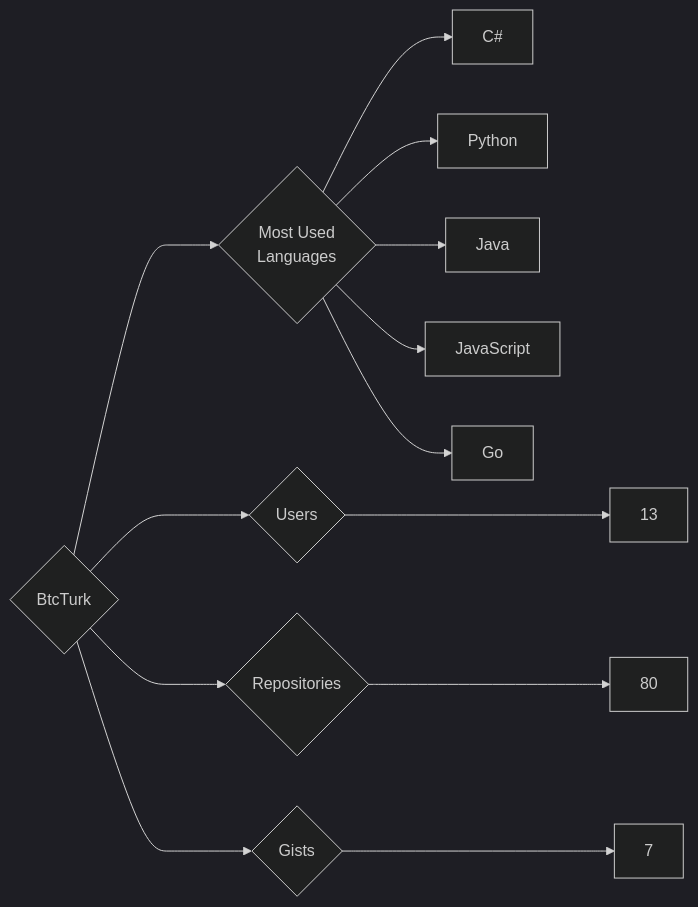
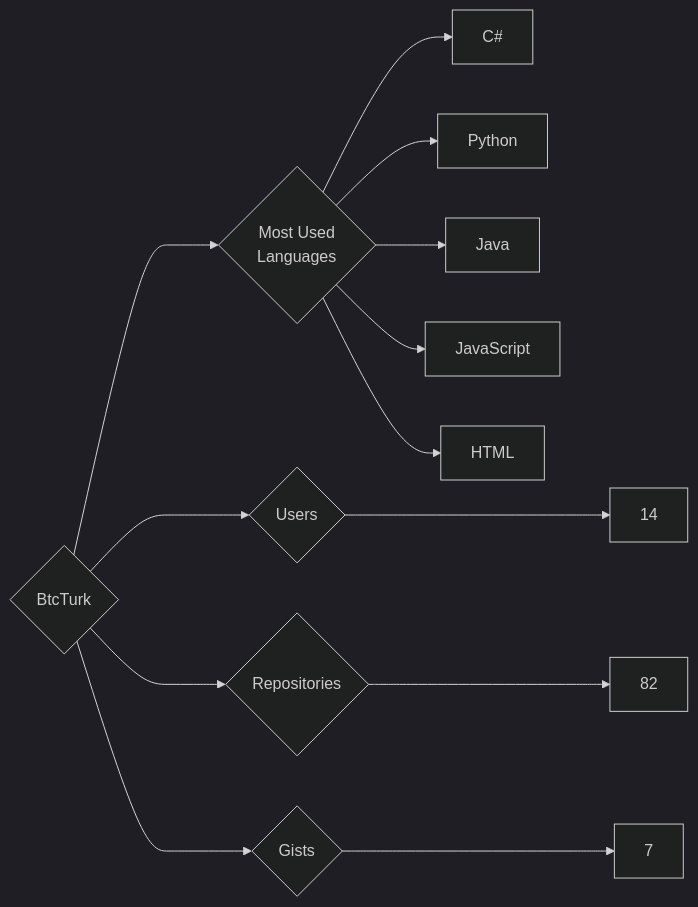
Before and after one commit to trickest/insiders: the diagram in targets/BtcTurk/README.md, drawn with Mermaid (dark theme). The commit also changed 951 other files, not shown here.

````diff
--- a/targets/BtcTurk/README.md
+++ b/targets/BtcTurk/README.md
@@ -3,13 +3,13 @@
 ```mermaid
 graph LR
 COMPANY_NAME{BtcTurk}
-COMPANY_NAME ---> U{Users} ---> UN[13]
-COMPANY_NAME ---> R{Repositories} ---> RN[80]
+COMPANY_NAME ---> U{Users} ---> UN[14]
+COMPANY_NAME ---> R{Repositories} ---> RN[82]
 COMPANY_NAME ---> G{Gists} ---> GN[7]
 COMPANY_NAME ---> ML{Most Used<br>Languages}
 ML --> C#[C#]
 ML --> Python[Python]
 ML --> Java[Java]
 ML --> JavaScript[JavaScript]
-ML --> Go[Go]
+ML --> HTML[HTML]
 ```
````
